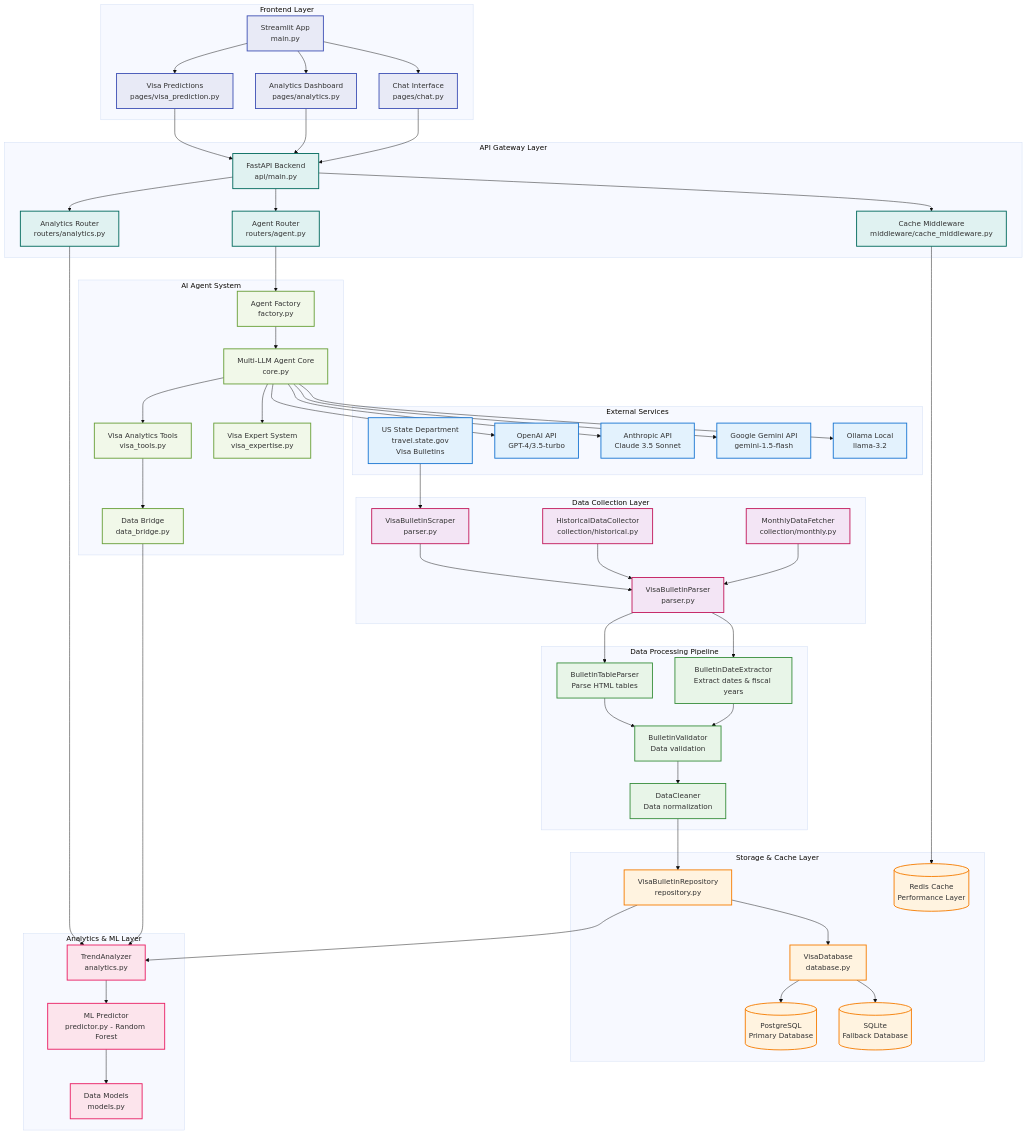
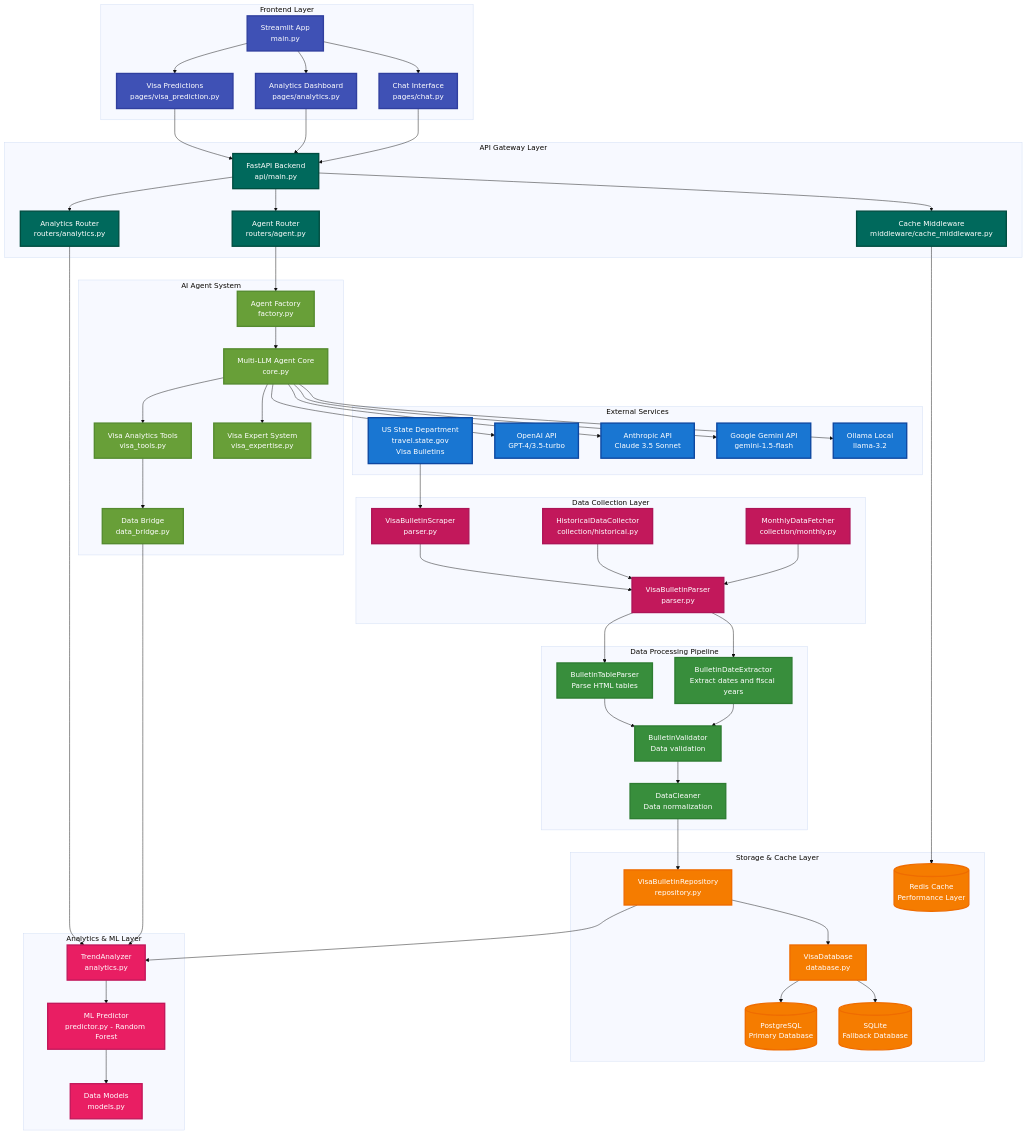
Before and after one commit to kenneth-fernandes/cisc691-a06: the second of 2 diagrams in docs/visa-bulletin-data-flow.md, drawn with Mermaid (base theme). The commit also changed other lines of this file and 1 other file, not shown here.

Commit message:
Added fixes for mermaid diagram generation

```diff
--- a/docs/visa-bulletin-data-flow.md
+++ b/docs/visa-bulletin-data-flow.md
@@ -51,7 +51,7 @@
     
     %% Data Processing Pipeline
     subgraph PROCESSING["Data Processing Pipeline"]
-        DATE_EXTRACTOR[BulletinDateExtractor<br/>Extract dates & fiscal years]
+        DATE_EXTRACTOR[BulletinDateExtractor<br/>Extract dates and fiscal years]
         TABLE_PARSER[BulletinTableParser<br/>Parse HTML tables]
         VALIDATOR[BulletinValidator<br/>Data validation]
         CLEANER[DataCleaner<br/>Data normalization]
@@ -145,15 +145,15 @@
     CORE --> GOOGLE
     CORE --> OLLAMA
     
-    %% Styling with professional colors
-    classDef external fill:#e3f2fd,stroke:#1976d2,stroke-width:2px
-    classDef collection fill:#f3e5f5,stroke:#c2185b,stroke-width:2px
-    classDef processing fill:#e8f5e8,stroke:#388e3c,stroke-width:2px
-    classDef storage fill:#fff3e0,stroke:#f57c00,stroke-width:2px
-    classDef analytics fill:#fce4ec,stroke:#e91e63,stroke-width:2px
-    classDef agent fill:#f1f8e9,stroke:#689f38,stroke-width:2px
-    classDef api fill:#e0f2f1,stroke:#00695c,stroke-width:2px
-    classDef frontend fill:#e8eaf6,stroke:#3f51b5,stroke-width:2px
+    %% Styling with high-contrast, vibrant colors
+    classDef external fill:#1976d2,stroke:#0d47a1,stroke-width:3px,color:#ffffff
+    classDef collection fill:#c2185b,stroke:#ad1457,stroke-width:3px,color:#ffffff
+    classDef processing fill:#388e3c,stroke:#2e7d32,stroke-width:3px,color:#ffffff
+    classDef storage fill:#f57c00,stroke:#ef6c00,stroke-width:3px,color:#ffffff
+    classDef analytics fill:#e91e63,stroke:#c2185b,stroke-width:3px,color:#ffffff
+    classDef agent fill:#689f38,stroke:#558b2f,stroke-width:3px,color:#ffffff
+    classDef api fill:#00695c,stroke:#004d40,stroke-width:3px,color:#ffffff
+    classDef frontend fill:#3f51b5,stroke:#303f9f,stroke-width:3px,color:#ffffff
     
     class STATE_DEPT,OPENAI,ANTHROPIC,GOOGLE,OLLAMA external
     class MONTHLY,HISTORICAL,SCRAPER,PARSER collection
```
